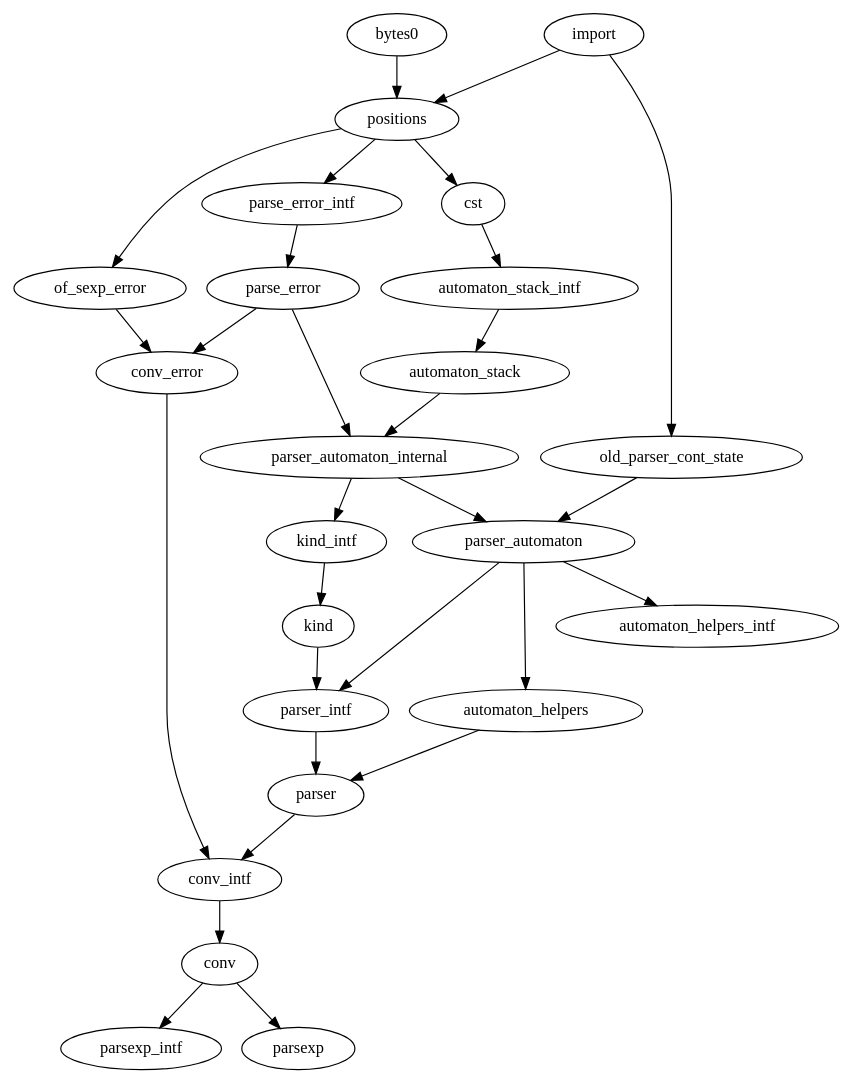
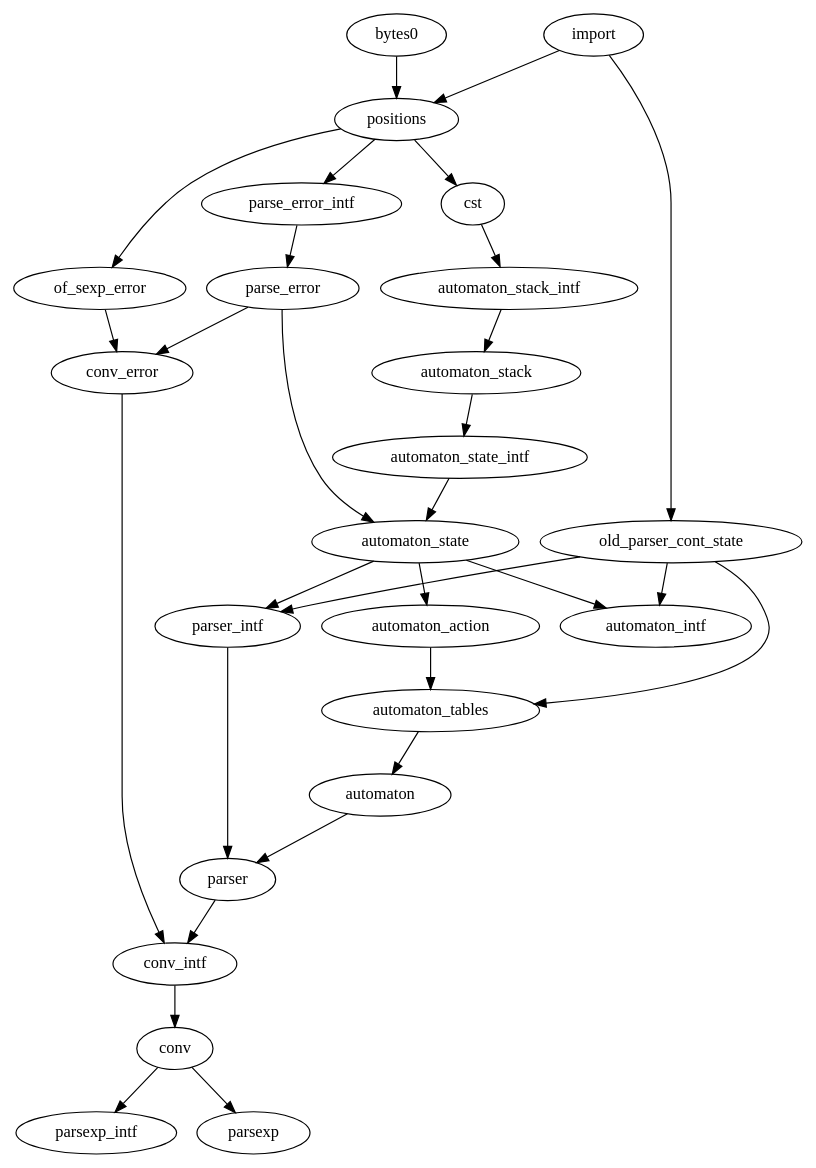
One commit to janestreet/parsexp changed the diagram in src/dependencies.dot. Above: the diagram before and after it, drawn with Graphviz. The commit also changed 26 other files, not shown here.

```diff
--- a/src/dependencies.dot
+++ b/src/dependencies.dot
@@ -1,30 +1,31 @@
 digraph {
 	conv -> parsexp_intf;
 	conv -> parsexp;
 	conv_error -> conv_intf;
 	positions -> of_sexp_error;
 	positions -> parse_error_intf;
 	positions -> cst;
+	automaton_state -> parser_intf;
+	automaton_state -> automaton_intf;
+	automaton_state -> automaton_action;
 	parse_error -> conv_error;
-	parse_error -> parser_automaton_internal;
-	kind_intf -> kind;
+	parse_error -> automaton_state;
+	automaton -> parser;
 	import -> old_parser_cont_state;
 	import -> positions;
 	cst -> automaton_stack_intf;
 	of_sexp_error -> conv_error;
-	old_parser_cont_state -> parser_automaton;
+	parser -> conv_intf;
+	old_parser_cont_state -> automaton_tables;
+	old_parser_cont_state -> parser_intf;
+	old_parser_cont_state -> automaton_intf;
 	parser_intf -> parser;
-	automaton_stack -> parser_automaton_internal;
-	kind -> parser_intf;
+	automaton_stack -> automaton_state_intf;
 	automaton_stack_intf -> automaton_stack;
-	parser_automaton -> automaton_helpers;
-	parser_automaton -> automaton_helpers_intf;
-	parser_automaton -> parser_intf;
-	automaton_helpers -> parser;
-	parser -> conv_intf;
+	automaton_action -> automaton_tables;
+	automaton_tables -> automaton;
 	conv_intf -> conv;
-	parser_automaton_internal -> parser_automaton;
-	parser_automaton_internal -> kind_intf;
 	parse_error_intf -> parse_error;
+	automaton_state_intf -> automaton_state;
 	bytes0 -> positions;
 }
```
